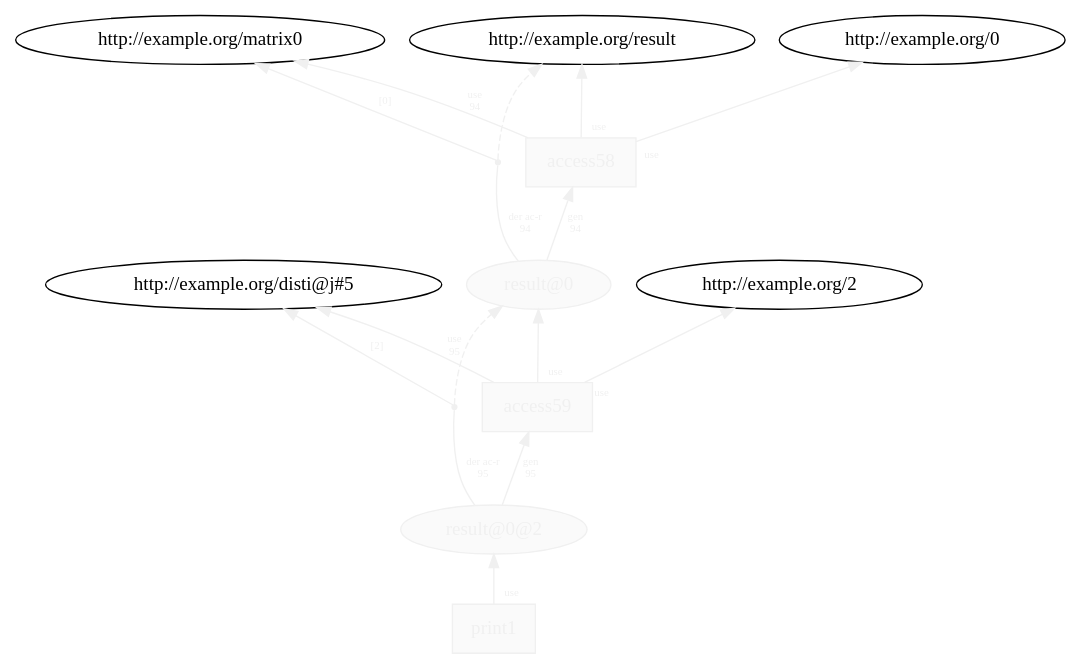
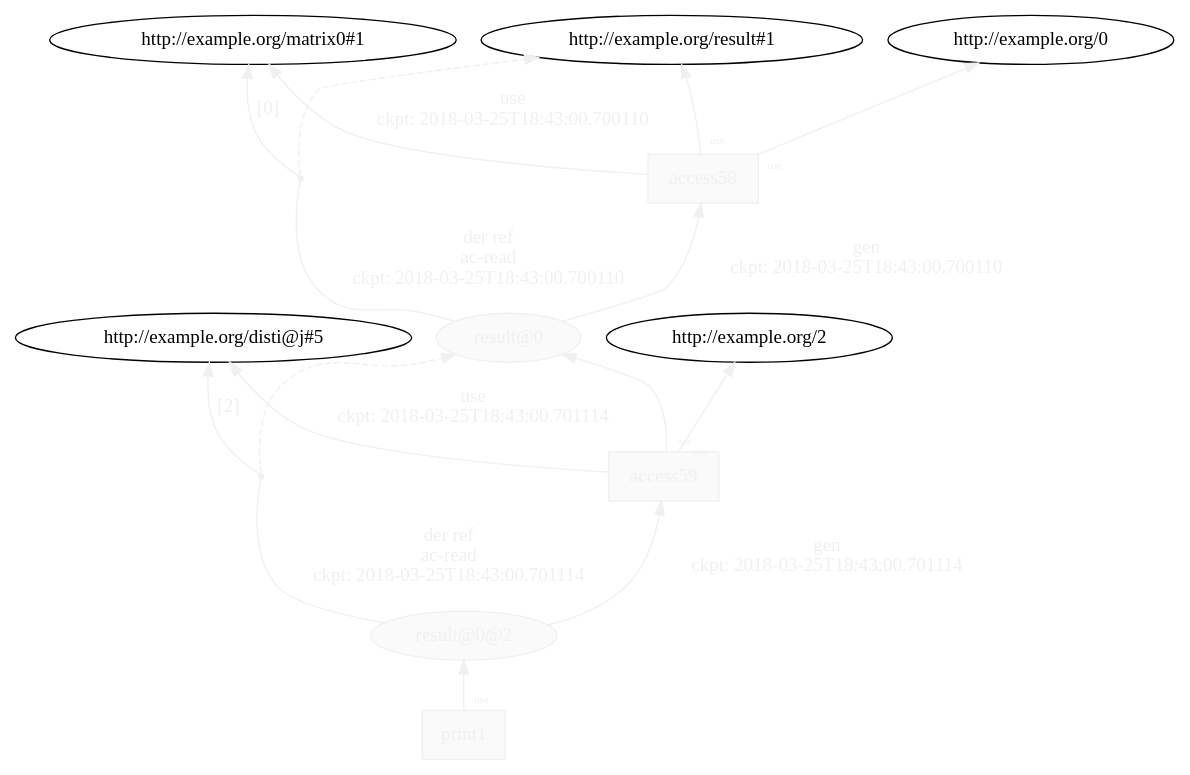
One commit to dew-uff/versioned-prov changed the diagram in generated/versioned_prov/temp/L22__access__access__call.dot. Above: the diagram before and after it, drawn with Graphviz. The commit also changed 975 other files, not shown here.

```diff
--- a/generated/versioned_prov/temp/L22__access__access__call.dot
+++ b/generated/versioned_prov/temp/L22__access__access__call.dot
@@ -1,30 +1,32 @@
 digraph "PROV" { size="16,12"; rankdir="BT";
 "http://example.org/result@0" [fillcolor="#FAFAFA",color="#F0F0F0",style="filled",fontcolor="#F0F0F0",label="result@0",URL="http://example.org/result@0"]
 "http://example.org/access58" [fillcolor="#FAFAFA",color="#F0F0F0",shape="polygon",sides="4",style="filled",fontcolor="#F0F0F0",label="access58",URL="http://example.org/access58"]
 "bn0" [shape="point",label="",fontcolor="#F0F0F0",color="#F0F0F0"]
-"http://example.org/result@0" -> "bn0" [fontsize="8",distance="1.5",angle="60.0",rotation="20",label="der ac-r
-94",arrowhead="none",fontcolor="#F0F0F0",color="#F0F0F0"]
-"bn0" -> "http://example.org/result" [style="dashed",fontcolor="#F0F0F0",color="#F0F0F0"]
-"bn0" -> "http://example.org/matrix0" [fontsize="8",distance="1.5",angle="60.0",rotation="20",label="[0]",fontcolor="#F0F0F0",color="#F0F0F0"]
-"http://example.org/access58" -> "http://example.org/result" [labelfontsize="8",labeldistance="1.5",labelangle="60.0",rotation="20",taillabel="use",fontcolor="#F0F0F0",color="#F0F0F0"]
+"http://example.org/result@0" -> "bn0" [fontsize="14",distance="1.5",angle="60.0",rotation="20",label="der ref
+ac-read
+ckpt: 2018-03-25T18:43:00.700110",arrowhead="none",fontcolor="#F0F0F0",color="#F0F0F0"]
+"bn0" -> "http://example.org/result#1" [style="dashed",fontcolor="#F0F0F0",color="#F0F0F0"]
+"bn0" -> "http://example.org/matrix0#1" [fontsize="14",distance="1.5",angle="60.0",rotation="20",label="[0]",fontcolor="#F0F0F0",color="#F0F0F0"]
+"http://example.org/access58" -> "http://example.org/result#1" [labelfontsize="8",labeldistance="1.5",labelangle="60.0",rotation="20",taillabel="use",fontcolor="#F0F0F0",color="#F0F0F0"]
 "http://example.org/access58" -> "http://example.org/0" [labelfontsize="8",labeldistance="1.5",labelangle="60.0",rotation="20",taillabel="use",fontcolor="#F0F0F0",color="#F0F0F0"]
 "http://example.org/result@0@2" [fillcolor="#FAFAFA",color="#F0F0F0",style="filled",fontcolor="#F0F0F0",label="result@0@2",URL="http://example.org/result@0@2"]
 "http://example.org/access59" [fillcolor="#FAFAFA",color="#F0F0F0",shape="polygon",sides="4",style="filled",fontcolor="#F0F0F0",label="access59",URL="http://example.org/access59"]
 "bn1" [shape="point",label="",fontcolor="#F0F0F0",color="#F0F0F0"]
-"http://example.org/result@0@2" -> "bn1" [fontsize="8",distance="1.5",angle="60.0",rotation="20",label="der ac-r
-95",arrowhead="none",fontcolor="#F0F0F0",color="#F0F0F0"]
+"http://example.org/result@0@2" -> "bn1" [fontsize="14",distance="1.5",angle="60.0",rotation="20",label="der ref
+ac-read
+ckpt: 2018-03-25T18:43:00.701114",arrowhead="none",fontcolor="#F0F0F0",color="#F0F0F0"]
 "bn1" -> "http://example.org/result@0" [style="dashed",fontcolor="#F0F0F0",color="#F0F0F0"]
-"bn1" -> "http://example.org/disti@j#5" [fontsize="8",distance="1.5",angle="60.0",rotation="20",label="[2]",fontcolor="#F0F0F0",color="#F0F0F0"]
+"bn1" -> "http://example.org/disti@j#5" [fontsize="14",distance="1.5",angle="60.0",rotation="20",label="[2]",fontcolor="#F0F0F0",color="#F0F0F0"]
 "http://example.org/access59" -> "http://example.org/result@0" [labelfontsize="8",labeldistance="1.5",labelangle="60.0",rotation="20",taillabel="use",fontcolor="#F0F0F0",color="#F0F0F0"]
 "http://example.org/access59" -> "http://example.org/2" [labelfontsize="8",labeldistance="1.5",labelangle="60.0",rotation="20",taillabel="use",fontcolor="#F0F0F0",color="#F0F0F0"]
 "http://example.org/print1" [fillcolor="#FAFAFA",color="#F0F0F0",shape="polygon",sides="4",style="filled",fontcolor="#F0F0F0",label="print1",URL="http://example.org/print1"]
 "http://example.org/print1" -> "http://example.org/result@0@2" [labelfontsize="8",labeldistance="1.5",labelangle="60.0",rotation="20",taillabel="use",fontcolor="#F0F0F0",color="#F0F0F0"]
-"http://example.org/access58" -> "http://example.org/matrix0" [fontsize="8",distance="1.5",angle="60.0",rotation="20",label="use
-94",fontcolor="#F0F0F0",color="#F0F0F0"]
-"http://example.org/access59" -> "http://example.org/disti@j#5" [fontsize="8",distance="1.5",angle="60.0",rotation="20",label="use
-95",fontcolor="#F0F0F0",color="#F0F0F0"]
-"http://example.org/result@0@2" -> "http://example.org/access59" [fontsize="8",distance="1.5",angle="60.0",rotation="20",label="gen
-95",fontcolor="#F0F0F0",color="#F0F0F0"]
-"http://example.org/result@0" -> "http://example.org/access58" [fontsize="8",distance="1.5",angle="60.0",rotation="20",label="gen
-94",fontcolor="#F0F0F0",color="#F0F0F0"]
+"http://example.org/access59" -> "http://example.org/disti@j#5" [fontsize="14",distance="1.5",angle="60.0",rotation="20",label="use
+ckpt: 2018-03-25T18:43:00.701114",fontcolor="#F0F0F0",color="#F0F0F0"]
+"http://example.org/access58" -> "http://example.org/matrix0#1" [fontsize="14",distance="1.5",angle="60.0",rotation="20",label="use
+ckpt: 2018-03-25T18:43:00.700110",fontcolor="#F0F0F0",color="#F0F0F0"]
+"http://example.org/result@0" -> "http://example.org/access58" [fontsize="14",distance="1.5",angle="60.0",rotation="20",label="gen
+ckpt: 2018-03-25T18:43:00.700110",fontcolor="#F0F0F0",color="#F0F0F0"]
+"http://example.org/result@0@2" -> "http://example.org/access59" [fontsize="14",distance="1.5",angle="60.0",rotation="20",label="gen
+ckpt: 2018-03-25T18:43:00.701114",fontcolor="#F0F0F0",color="#F0F0F0"]
 }
```
